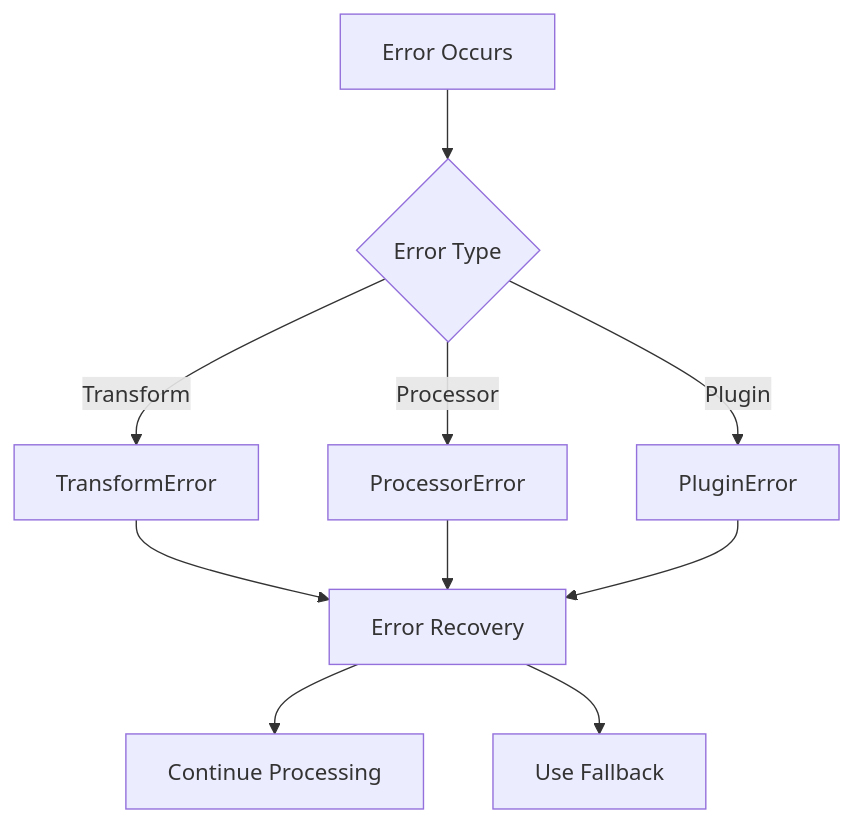
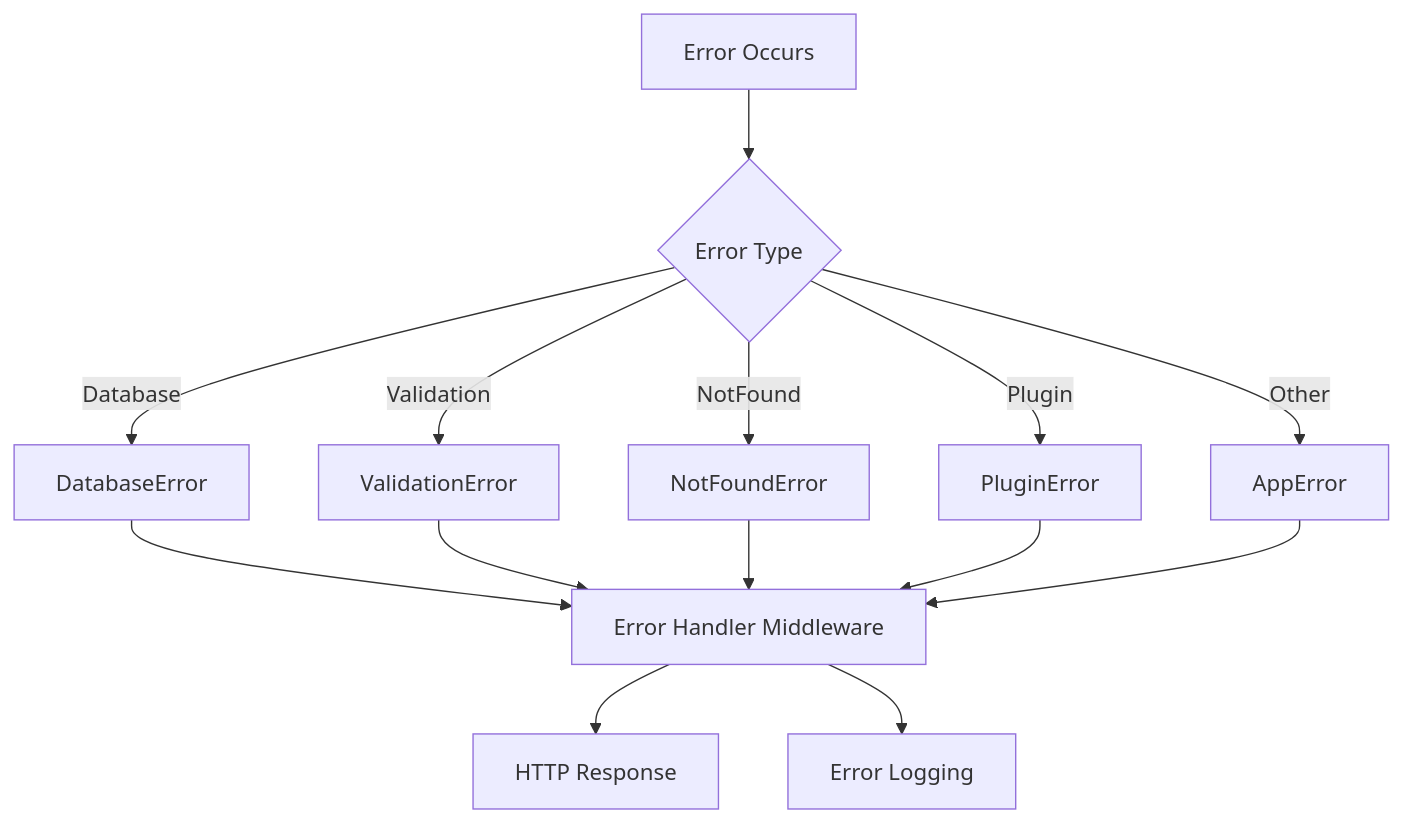
One commit to PotLock/curatedotfun changed the fifth of 5 diagrams in memory-bank/systemPatterns.md. Above: the diagram before and after it, drawn with Mermaid. The commit also changed other lines of this file and 24 other files, not shown here.

````diff
--- a/memory-bank/systemPatterns.md
+++ b/memory-bank/systemPatterns.md
@@ -155,12 +202,16 @@
 ```mermaid
 graph TD
     Error[Error Occurs] --> Type{Error Type}
-    Type -->|Transform| TransformError[TransformError]
-    Type -->|Processor| ProcessorError[ProcessorError]
+    Type -->|Database| DatabaseError[DatabaseError]
+    Type -->|Validation| ValidationError[ValidationError]
+    Type -->|NotFound| NotFoundError[NotFoundError]
     Type -->|Plugin| PluginError[PluginError]
-    TransformError --> Recovery[Error Recovery]
-    ProcessorError --> Recovery
-    PluginError --> Recovery
-    Recovery --> Continue[Continue Processing]
-    Recovery --> Fallback[Use Fallback]
+    Type -->|Other| AppError[AppError]
+    DatabaseError --> Handler[Error Handler Middleware]
+    ValidationError --> Handler
+    NotFoundError --> Handler
+    PluginError --> Handler
+    AppError --> Handler
+    Handler --> Response[HTTP Response]
+    Handler --> Logging[Error Logging]
 ```
````
